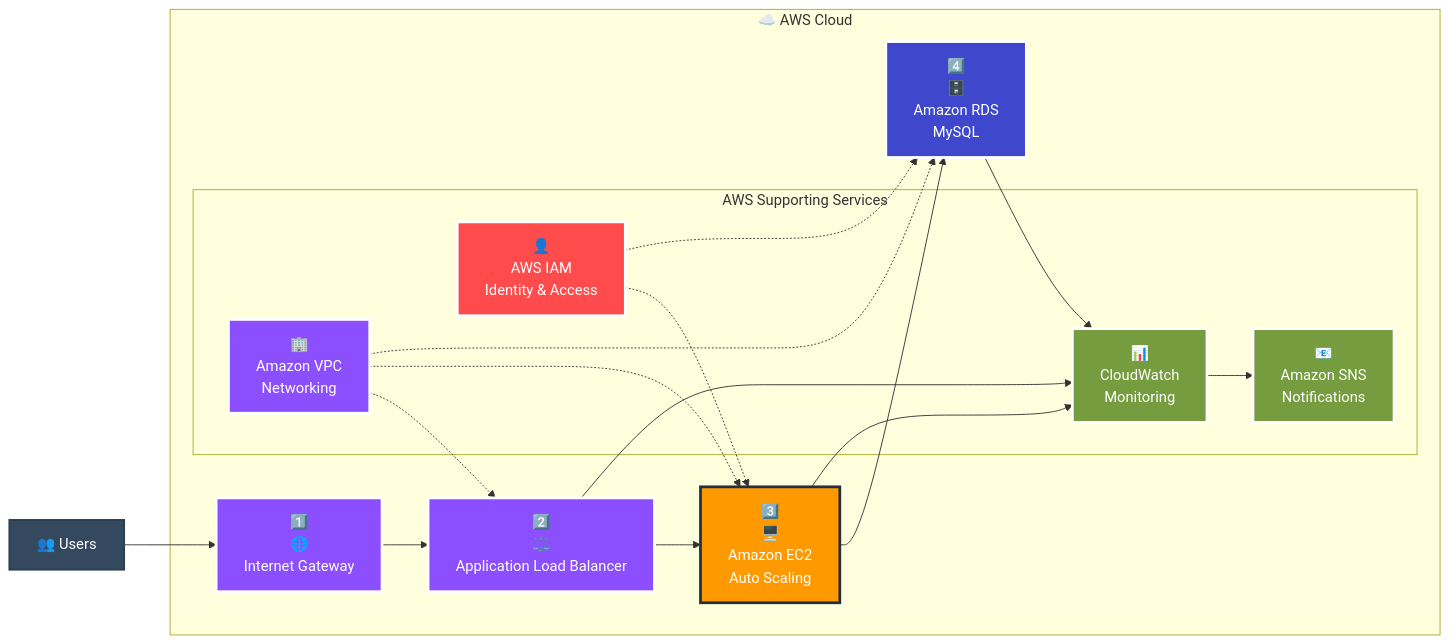
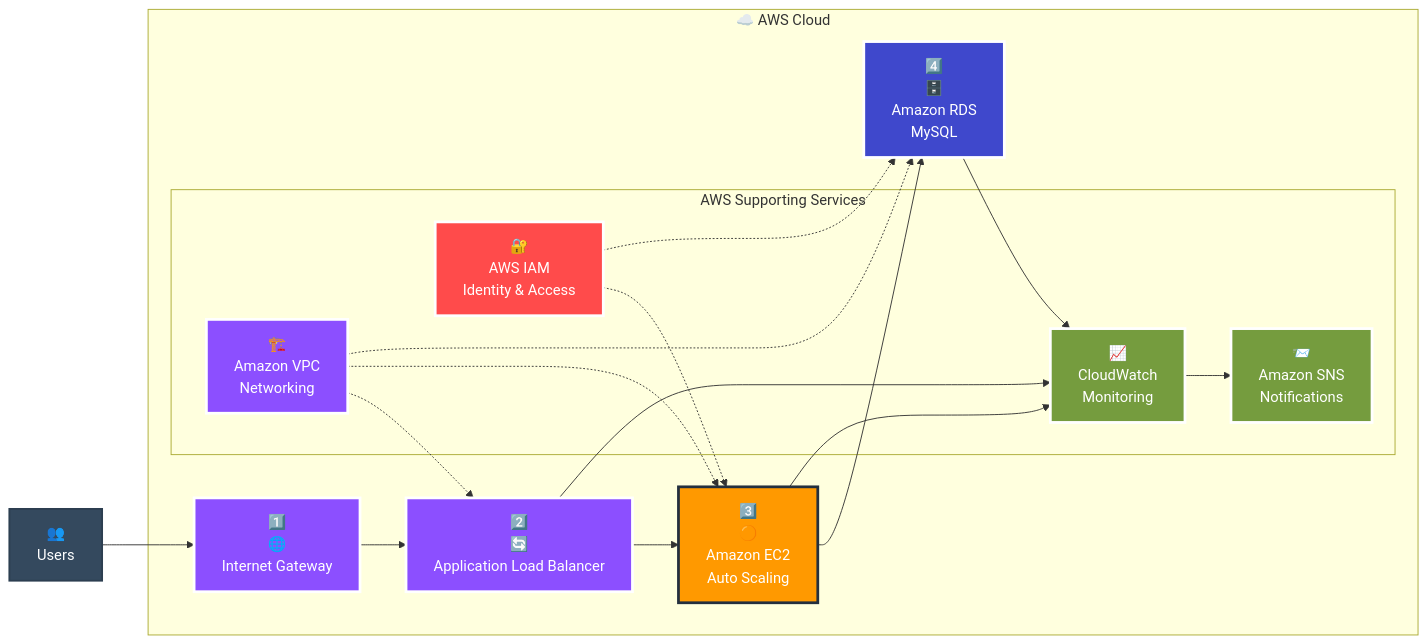
The diagram in ScalableTaskManager/TaskManagerAPI/README.md (osamayesh/TaskManager-WebApp-AWS-AutoScaling-ALB), drawn with Mermaid before and after one commit. The commit also changed other lines of this file and 1 other file, not shown here.

Commit message:
feat: Add specific AWS service icons to architecture diagram
- Added proper AWS service icons like in the reference image
-  Internet Gateway (Globe icon)
-  Application Load Balancer (Load distribution icon)
-  Amazon EC2 (Orange compute icon)
-  Amazon RDS (Database icon)
-  Amazon VPC (Infrastructure icon)
-  AWS IAM (Security lock icon)
-  CloudWatch (Monitoring chart icon)
-  Amazon SNS (Notification icon)
- Updated documentation tables to include icon column
- Maintains AWS service color coding with specific visual icons

````diff
--- a/ScalableTaskManager/TaskManagerAPI/README.md
+++ b/ScalableTaskManager/TaskManagerAPI/README.md
@@ -15,58 +15,58 @@
 ```mermaid
 graph LR
     %% External Users
-    Users["👥 Users"]
+    Users["👥<br/>Users"]
     
-    %% AWS Cloud Services
+    %% AWS Cloud Services with specific icons
     subgraph AWS["☁️ AWS Cloud"]
         
-        %% Numbered flow like in the image
+        %% Main data flow with AWS service icons
         IGW["1️⃣<br/>🌐<br/>Internet Gateway"]
-        ALB["2️⃣<br/>⚖️<br/>Application Load Balancer"]
-        EC2["3️⃣<br/>🖥️<br/>Amazon EC2<br/>Auto Scaling"]
+        ALB["2️⃣<br/>🔄<br/>Application Load Balancer"]
+        EC2["3️⃣<br/>🟠<br/>Amazon EC2<br/>Auto Scaling"]
         RDS["4️⃣<br/>🗄️<br/>Amazon RDS<br/>MySQL"]
         
-        %% Supporting Services
+        %% Supporting Services with specific AWS icons
         subgraph Support["AWS Supporting Services"]
-            CW["📊<br/>CloudWatch<br/>Monitoring"]
-            SNS["📧<br/>Amazon SNS<br/>Notifications"]
-            IAM["👤<br/>AWS IAM<br/>Identity & Access"]
-            VPC["🏢<br/>Amazon VPC<br/>Networking"]
+            VPC["🏗️<br/>Amazon VPC<br/>Networking"]
+            IAM["🔐<br/>AWS IAM<br/>Identity & Access"]
+            CW["📈<br/>CloudWatch<br/>Monitoring"]
+            SNS["📨<br/>Amazon SNS<br/>Notifications"]
         end
         
     end
     
-    %% Traffic Flow
+    %% Data Flow
     Users --> IGW
     IGW --> ALB
     ALB --> EC2
     EC2 --> RDS
     
     %% Monitoring & Management
     EC2 --> CW
     RDS --> CW
     ALB --> CW
     CW --> SNS
     
-    %% Security & Access
+    %% Security & Infrastructure
     IAM -.-> EC2
     IAM -.-> RDS
     VPC -.-> ALB
     VPC -.-> EC2
     VPC -.-> RDS
     
-    %% Styling for AWS Services
+    %% AWS Service Color Styling
     classDef awsCompute fill:#FF9900,stroke:#232F3E,stroke-width:3px,color:#FFFFFF
     classDef awsDatabase fill:#3F48CC,stroke:#FFFFFF,stroke-width:3px,color:#FFFFFF
     classDef awsNetwork fill:#8C4FFF,stroke:#FFFFFF,stroke-width:3px,color:#FFFFFF
     classDef awsMonitoring fill:#759C3E,stroke:#FFFFFF,stroke-width:3px,color:#FFFFFF
     classDef awsManagement fill:#FF4B4B,stroke:#FFFFFF,stroke-width:3px,color:#FFFFFF
     classDef userAccess fill:#34495E,stroke:#2C3E50,stroke-width:2px,color:#FFFFFF
     
     class EC2 awsCompute
     class RDS awsDatabase
     class IGW,ALB,VPC awsNetwork
     class CW,SNS awsMonitoring
     class IAM awsManagement
     class Users userAccess
 ```
````
